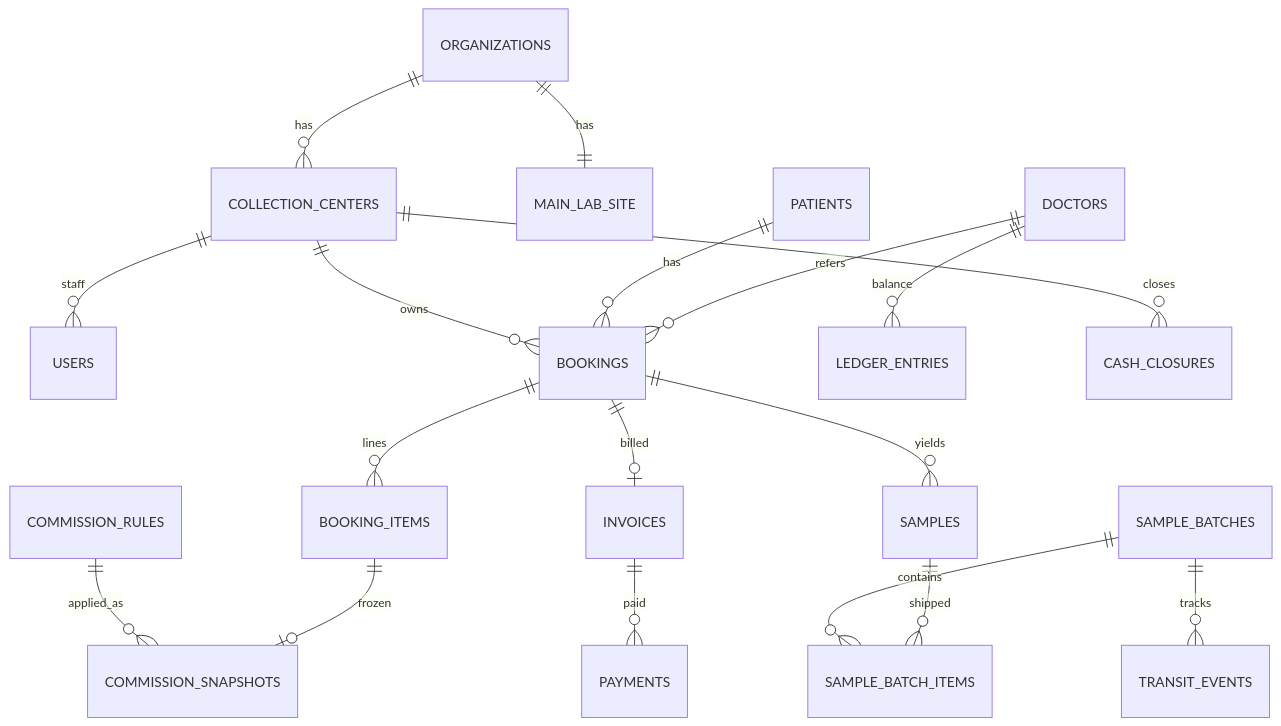
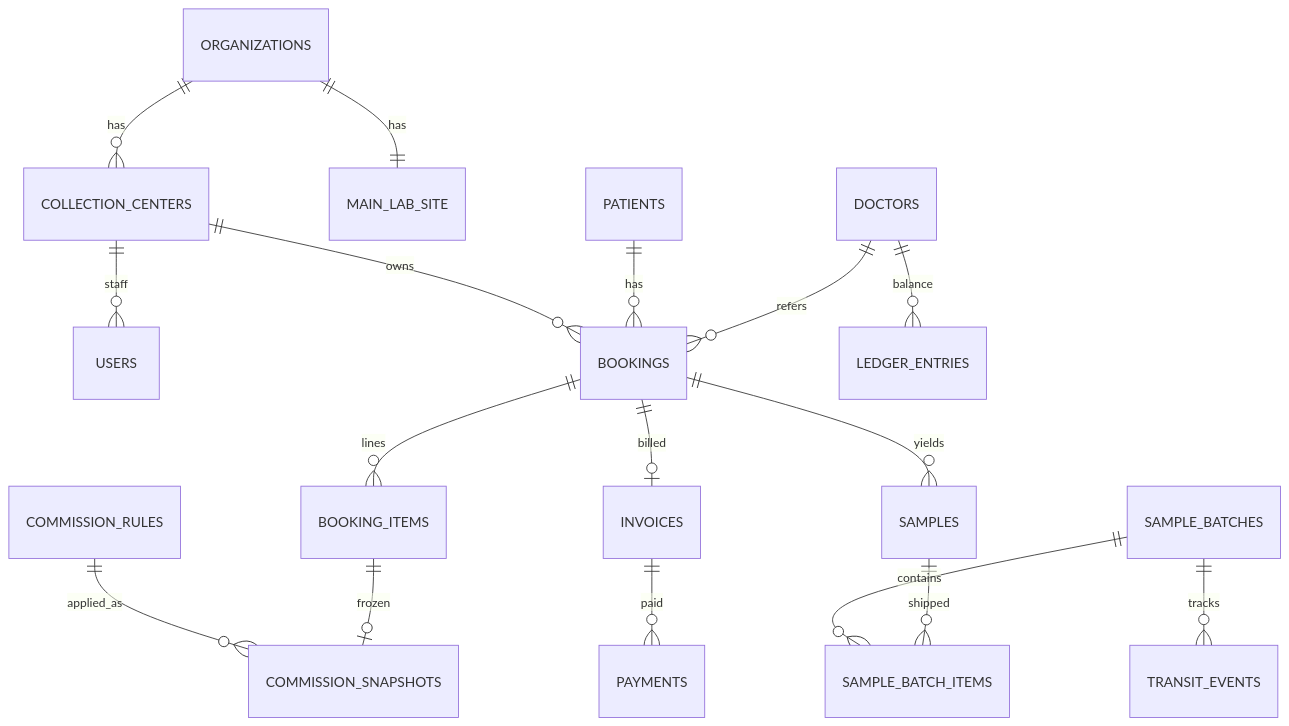
The second of 4 diagrams in docs/lims-hub-spoke-architecture.md (moizhassan7/Hospital-Management-System), drawn with Mermaid before and after one commit. The commit also changed other lines of this file and 43 other files, not shown here.

````diff
--- a/docs/lims-hub-spoke-architecture.md
+++ b/docs/lims-hub-spoke-architecture.md
@@ -73,20 +73,19 @@
 ```mermaid
 erDiagram
   ORGANIZATIONS ||--o{ COLLECTION_CENTERS : has
   ORGANIZATIONS ||--|| MAIN_LAB_SITE : has
   COLLECTION_CENTERS ||--o{ USERS : staff
   COLLECTION_CENTERS ||--o{ BOOKINGS : owns
   PATIENTS ||--o{ BOOKINGS : has
   DOCTORS ||--o{ BOOKINGS : refers
   BOOKINGS ||--o{ BOOKING_ITEMS : lines
   BOOKINGS ||--o| INVOICES : billed
   BOOKINGS ||--o{ SAMPLES : yields
   SAMPLE_BATCHES ||--o{ SAMPLE_BATCH_ITEMS : contains
   SAMPLE_BATCHES ||--o{ TRANSIT_EVENTS : tracks
   SAMPLES ||--o{ SAMPLE_BATCH_ITEMS : shipped
   COMMISSION_RULES ||--o{ COMMISSION_SNAPSHOTS : applied_as
   BOOKING_ITEMS ||--o| COMMISSION_SNAPSHOTS : frozen
   DOCTORS ||--o{ LEDGER_ENTRIES : balance
-  COLLECTION_CENTERS ||--o{ CASH_CLOSURES : closes
   INVOICES ||--o{ PAYMENTS : paid
 ```
````
